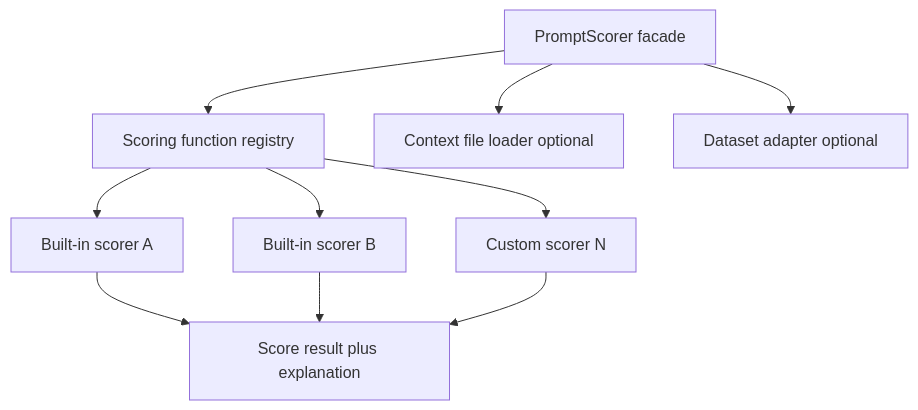
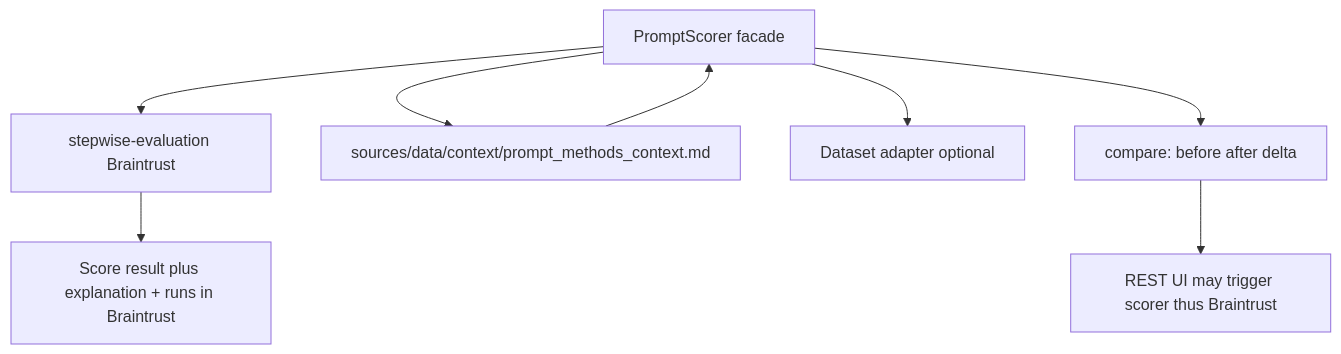
One commit to trummelbummel/promptymize changed the diagram in docs/ai/design/feature-prompt-scorer.md. Above: the diagram before and after it, drawn with Mermaid. The commit also changed other lines of this file and 72 other files, not shown here.

Commit message:
add stepwise evaluation

````diff
--- a/docs/ai/design/feature-prompt-scorer.md
+++ b/docs/ai/design/feature-prompt-scorer.md
@@ -13,12 +13,10 @@
 ```mermaid
 graph TD
-  API[PromptScorer facade] --> Registry[Scoring function registry]
-  Registry --> S1[Built-in scorer A]
-  Registry --> S2[Built-in scorer B]
-  Registry --> SN[Custom scorer N]
-  API --> Ctx[Context file loader optional]
+  API[PromptScorer facade] --> Stepwise[stepwise-evaluation Braintrust]
+  API --> CtxMD[sources/data/context/prompt_methods_context.md]
+  CtxMD --> API
   API --> Data[Dataset adapter optional]
-  S1 --> Out[Score result plus explanation]
-  S2 --> Out
-  SN --> Out
+  Stepwise --> Out[Score result plus explanation + runs in Braintrust]
+  API --> Cmp[compare: before after delta]
+  Cmp --> UI[REST UI may trigger scorer thus Braintrust]
 ```
````
